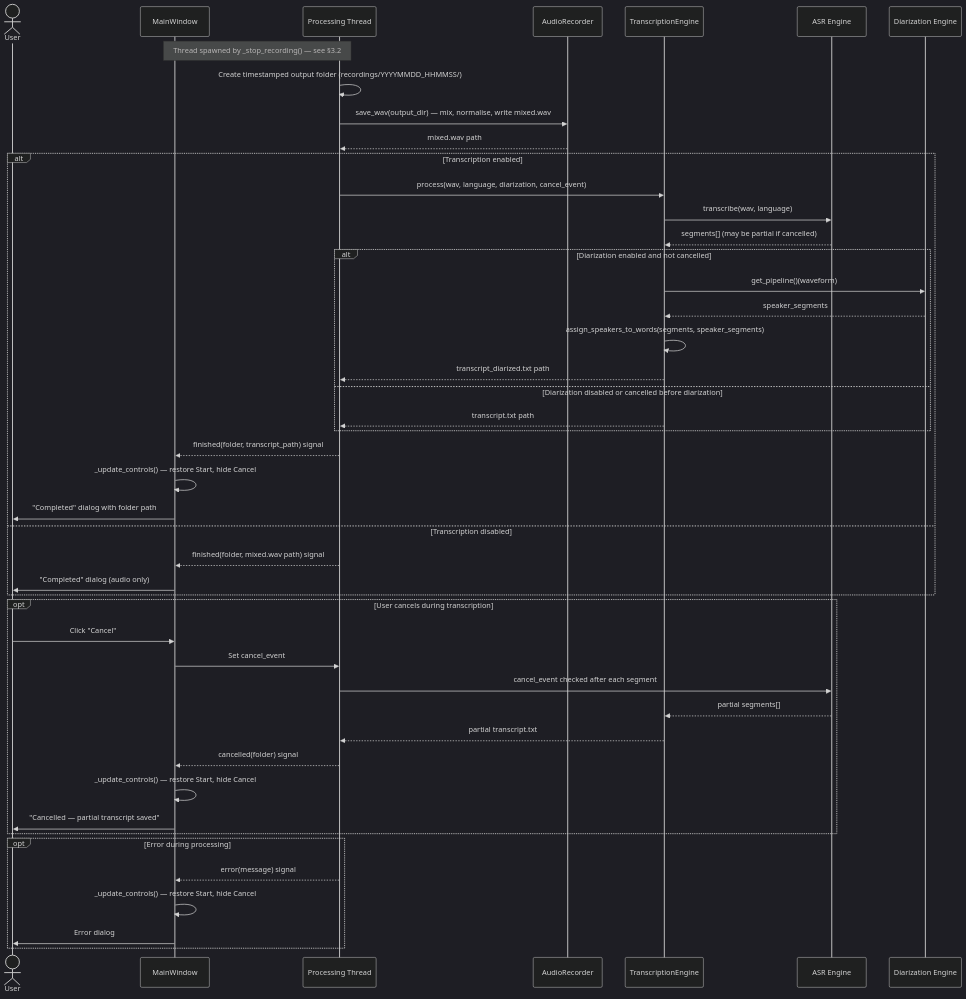
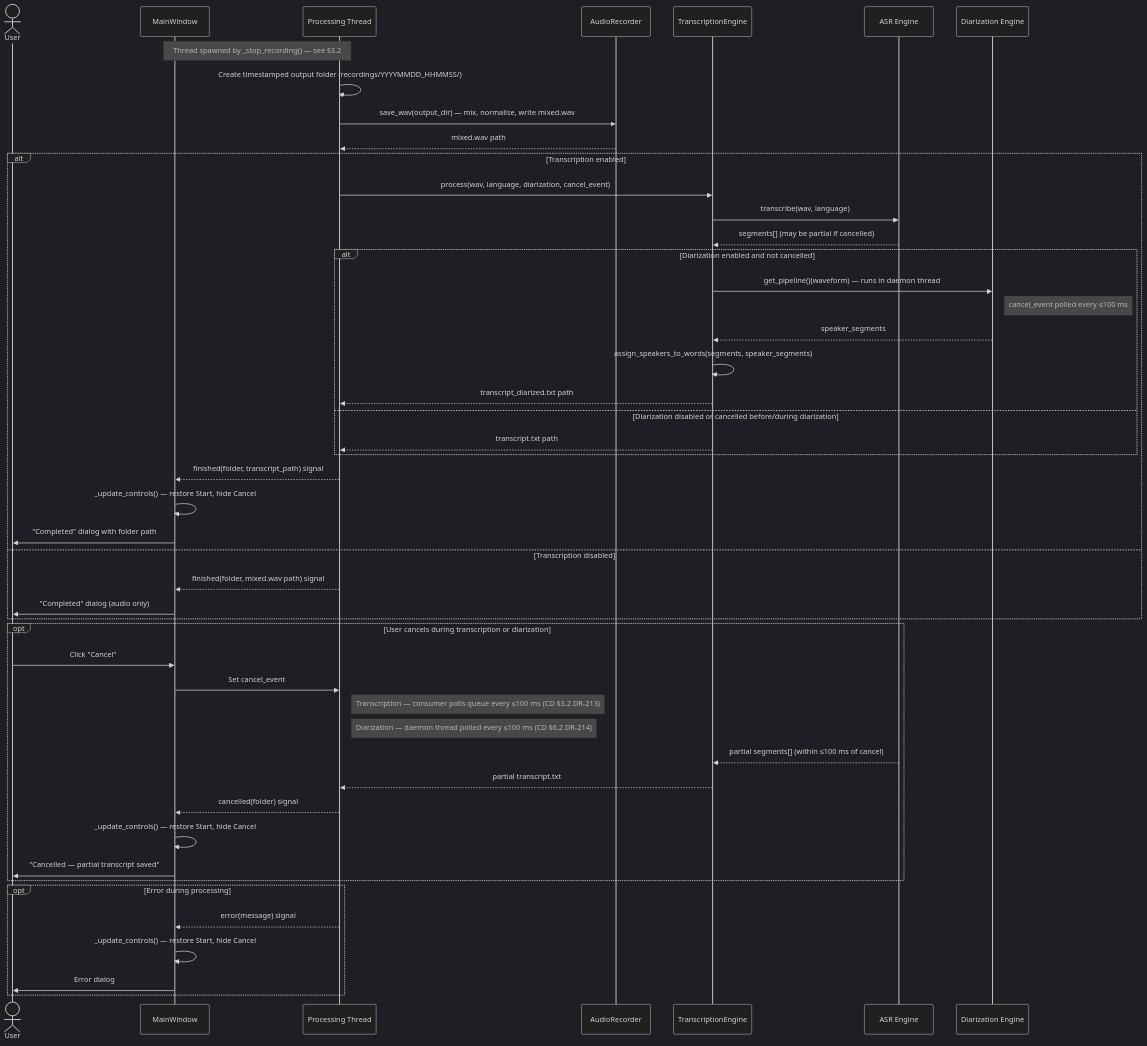
One commit to edoardomazzella/meeting-transcriber changed the fourth of 10 diagrams in docs/ARCHITECTURE.md. Above: the diagram before and after it, drawn with Mermaid (dark theme). The commit also changed other lines of this file and 9 other files, not shown here.

````diff
--- a/docs/ARCHITECTURE.md
+++ b/docs/ARCHITECTURE.md
@@ -193,54 +193,56 @@
 ```mermaid
 sequenceDiagram
     actor User
     participant GUI as MainWindow
     participant BG as Processing Thread
     participant Rec as AudioRecorder
     participant TE as TranscriptionEngine
     participant ASR as ASR Engine
     participant Dia as Diarization Engine
 
     Note over GUI,BG: Thread spawned by _stop_recording() — see §3.2
     BG->>BG: Create timestamped output folder (recordings/YYYYMMDD_HHMMSS/)
     BG->>Rec: save_wav(output_dir) — mix, normalise, write mixed.wav
     Rec-->>BG: mixed.wav path
 
     alt Transcription enabled
         BG->>TE: process(wav, language, diarization, cancel_event)
         TE->>ASR: transcribe(wav, language)
         ASR-->>TE: segments[] (may be partial if cancelled)
 
         alt Diarization enabled and not cancelled
-            TE->>Dia: get_pipeline()(waveform)
+            TE->>Dia: get_pipeline()(waveform) — runs in daemon thread
+            Note right of Dia: cancel_event polled every ≤100 ms
             Dia-->>TE: speaker_segments
             TE->>TE: assign_speakers_to_words(segments, speaker_segments)
             TE-->>BG: transcript_diarized.txt path
-        else Diarization disabled or cancelled before diarization
+        else Diarization disabled or cancelled before/during diarization
             TE-->>BG: transcript.txt path
         end
 
         BG-->>GUI: finished(folder, transcript_path) signal
         GUI->>GUI: _update_controls() — restore Start, hide Cancel
         GUI->>User: "Completed" dialog with folder path
     else Transcription disabled
         BG-->>GUI: finished(folder, mixed.wav path) signal
         GUI->>User: "Completed" dialog (audio only)
     end
 
-    opt User cancels during transcription
+    opt User cancels during transcription or diarization
         User->>GUI: Click "Cancel"
         GUI->>BG: Set cancel_event
-        BG->>ASR: cancel_event checked after each segment
-        ASR-->>TE: partial segments[]
+        Note right of BG: Transcription — consumer polls queue every ≤100 ms (CD §3.2 DR-213)
+        Note right of BG: Diarization — daemon thread polled every ≤100 ms (CD §6.2 DR-214)
+        ASR-->>TE: partial segments[] (within ≤100 ms of cancel)
         TE-->>BG: partial transcript.txt
         BG-->>GUI: cancelled(folder) signal
         GUI->>GUI: _update_controls() — restore Start, hide Cancel
         GUI->>User: "Cancelled — partial transcript saved"
     end
 
     opt Error during processing
         BG-->>GUI: error(message) signal
         GUI->>GUI: _update_controls() — restore Start, hide Cancel
         GUI->>User: Error dialog
     end
 ```
````
